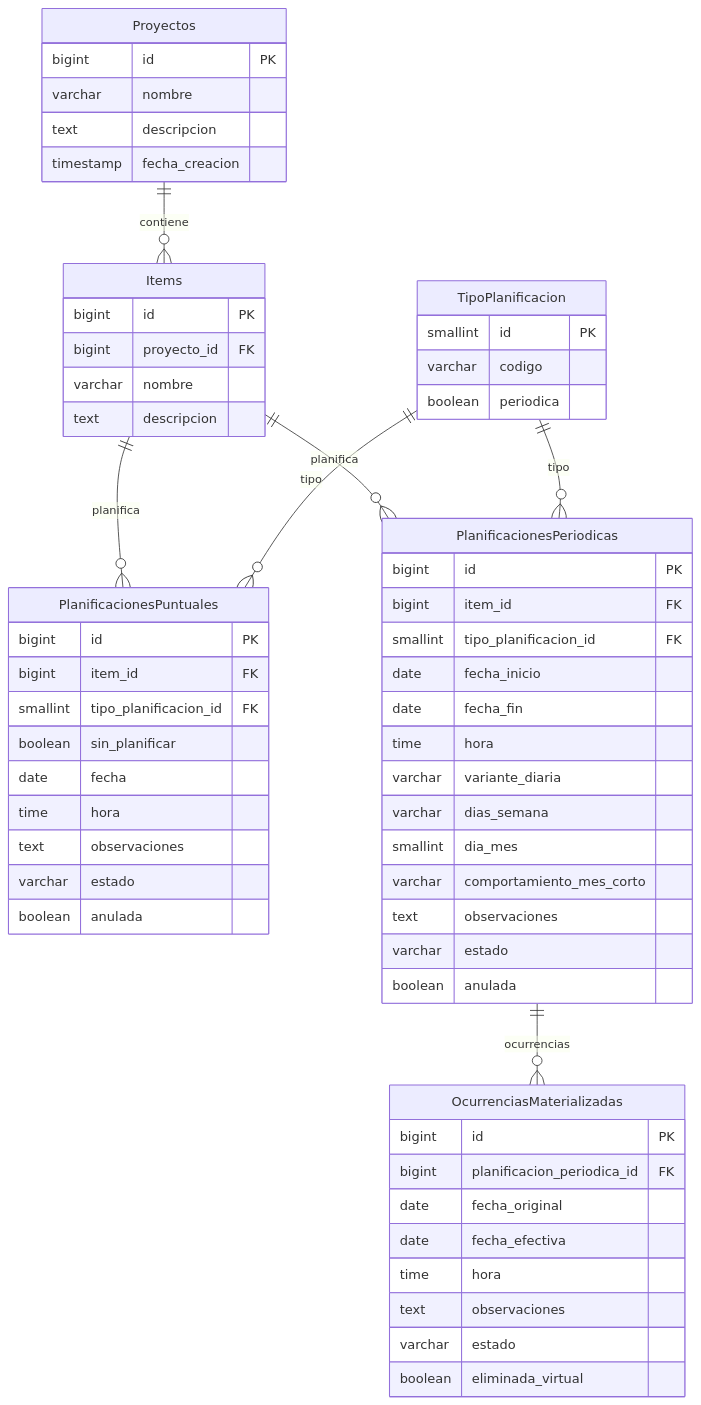
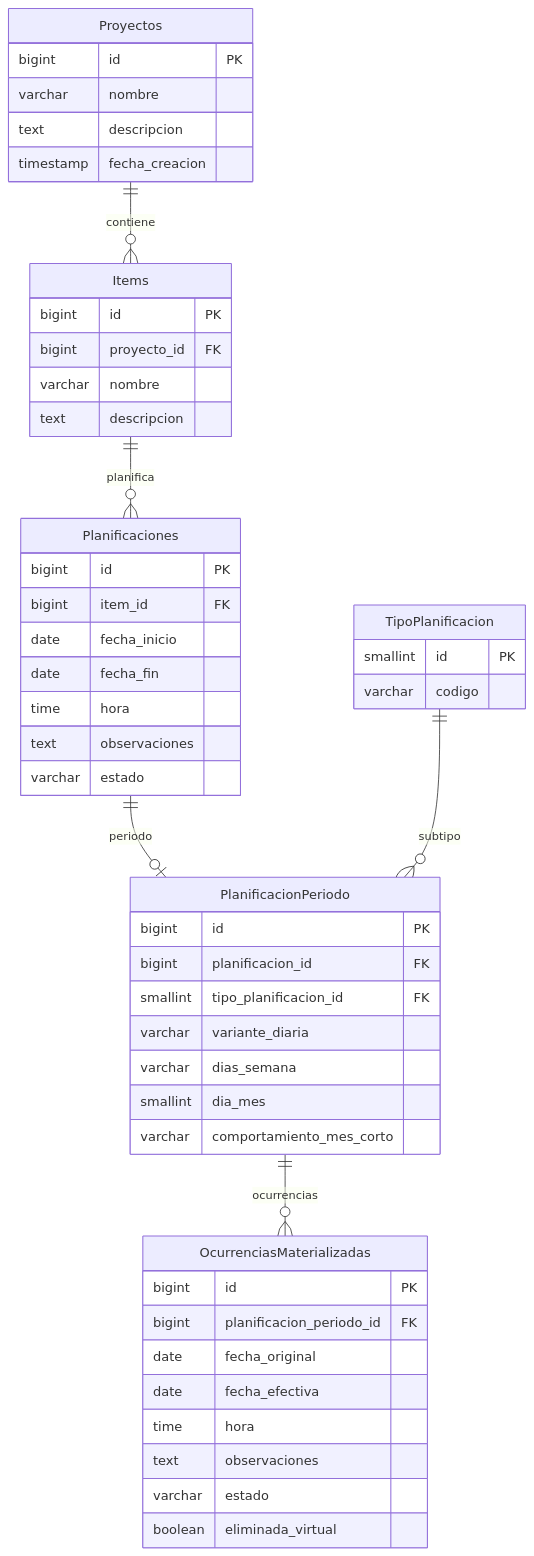
Before and after one commit to serpegon11710-byte/Planificacion_2.0: the diagram in docs/entidades/modelo-entidad-relacion.md, drawn with Mermaid. The commit also changed other lines of this file and 13 other files, not shown here.

````diff
--- a/docs/entidades/modelo-entidad-relacion.md
+++ b/docs/entidades/modelo-entidad-relacion.md
@@ -20,70 +20,61 @@
 ```mermaid
 erDiagram
     Proyectos ||--o{ Items : contiene
-    Items ||--o{ PlanificacionesPuntuales : planifica
-    Items ||--o{ PlanificacionesPeriodicas : planifica
+    Items ||--o{ Planificaciones : planifica
 
-    TipoPlanificacion ||--o{ PlanificacionesPuntuales : tipo
-    TipoPlanificacion ||--o{ PlanificacionesPeriodicas : tipo
+    Planificaciones ||--o| PlanificacionPeriodo : periodo
 
-    PlanificacionesPeriodicas ||--o{ OcurrenciasMaterializadas : ocurrencias
+    TipoPlanificacion ||--o{ PlanificacionPeriodo : subtipo
+
+    PlanificacionPeriodo ||--o{ OcurrenciasMaterializadas : ocurrencias
 
     Proyectos {
         bigint id PK
         varchar nombre
         text descripcion
         timestamp fecha_creacion
     }
 
     Items {
         bigint id PK
         bigint proyecto_id FK
         varchar nombre
         text descripcion
     }
 
+    Planificaciones {
+        bigint id PK
+        bigint item_id FK
+        date fecha_inicio
+        date fecha_fin
+        time hora
+        text observaciones
+        varchar estado
+    }
+
     TipoPlanificacion {
         smallint id PK
         varchar codigo
-        boolean periodica
     }
 
-    PlanificacionesPuntuales {
+    PlanificacionPeriodo {
         bigint id PK
-        bigint item_id FK
+        bigint planificacion_id FK
         smallint tipo_planificacion_id FK
-        boolean sin_planificar
-        date fecha
-        time hora
-        text observaciones
-        varchar estado
-        boolean anulada
-    }
-
-    PlanificacionesPeriodicas {
-        bigint id PK
-        bigint item_id FK
-        smallint tipo_planificacion_id FK
-        date fecha_inicio
-        date fecha_fin
-        time hora
         varchar variante_diaria
         varchar dias_semana
         smallint dia_mes
         varchar comportamiento_mes_corto
-        text observaciones
-        varchar estado
-        boolean anulada
     }
 
     OcurrenciasMaterializadas {
         bigint id PK
-        bigint planificacion_periodica_id FK
+        bigint planificacion_periodo_id FK
         date fecha_original
         date fecha_efectiva
         time hora
         text observaciones
         varchar estado
         boolean eliminada_virtual
     }
 ```
````
